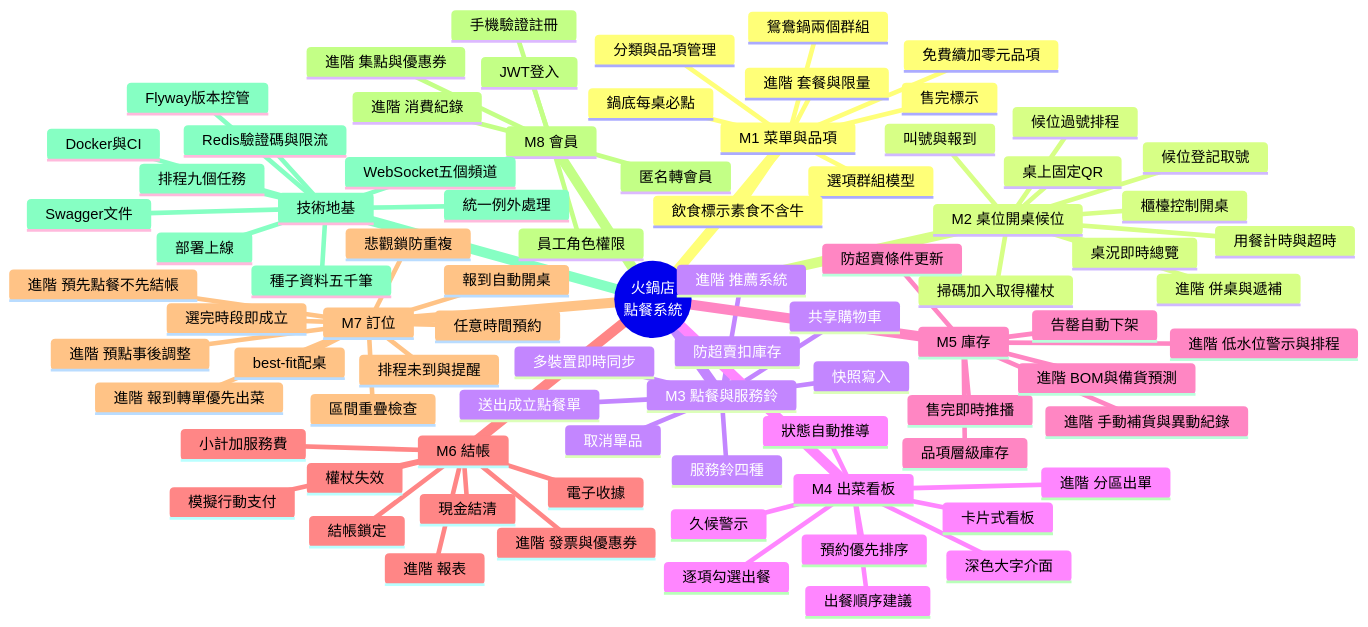
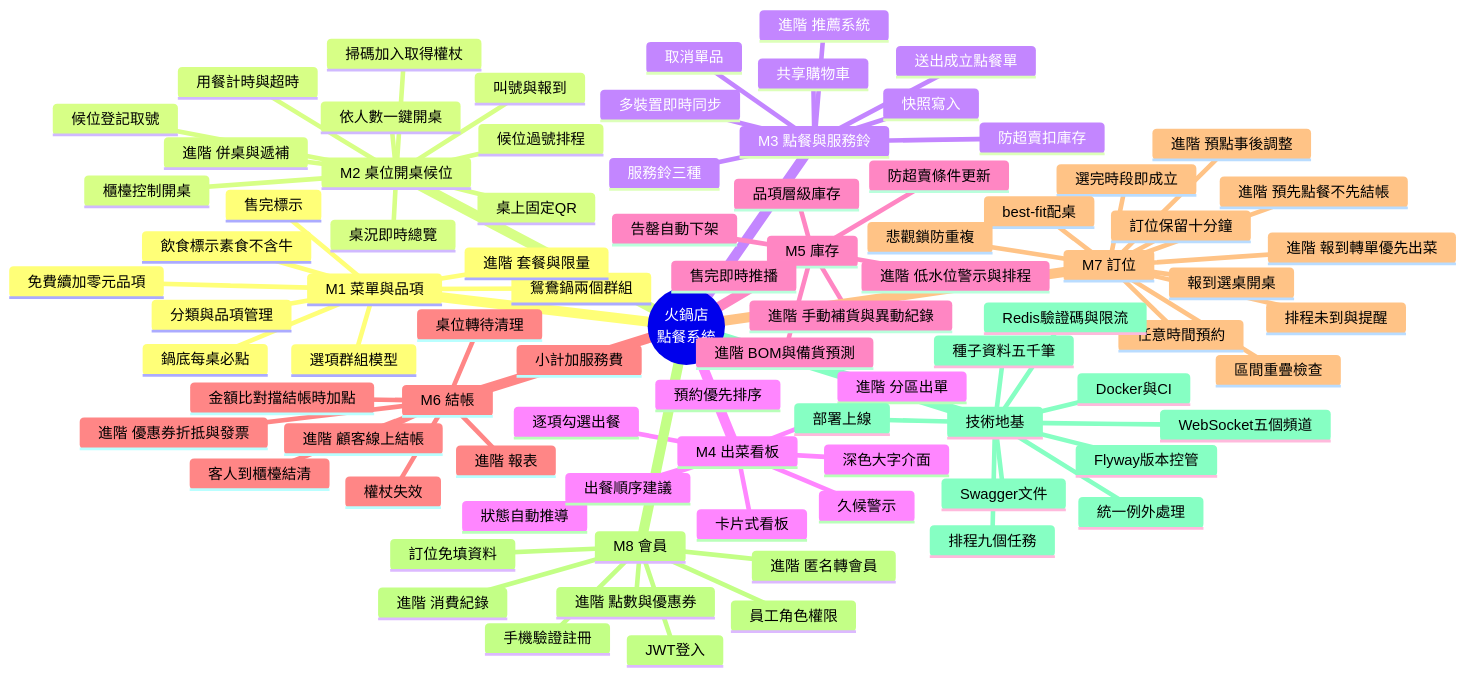
One commit to harry-wann/smart-order changed the first of 15 diagrams in docs/spec/06-圖表總覽.md. Above: the diagram before and after it, drawn with Mermaid. The commit also changed other lines of this file and 91 other files, not shown here.

```diff
--- a/docs/spec/06-圖表總覽.md
+++ b/docs/spec/06-圖表總覽.md
@@ -30,6 +30,7 @@
       候位登記取號
       叫號與報到
       候位過號排程
+      依人數一鍵開桌
       進階 併桌與遞補
     M3 點餐與服務鈴
       共享購物車
@@ -38,7 +39,7 @@
       快照寫入
       多裝置即時同步
       取消單品
-      服務鈴四種
+      服務鈴三種
       進階 推薦系統
     M4 出菜看板
       卡片式看板
@@ -59,31 +60,33 @@
       進階 BOM與備貨預測
     M6 結帳
       小計加服務費
-      模擬行動支付
-      現金結清
-      電子收據
-      結帳鎖定
+      客人到櫃檯結清
+      金額比對擋結帳時加點
+      桌位轉待清理
       權杖失效
+      進階 顧客線上結帳
       進階 報表
-      進階 發票與優惠券
+      進階 優惠券折抵與發票
     M7 訂位
       選完時段即成立
       任意時間預約
       區間重疊檢查
       best-fit配桌
       悲觀鎖防重複
+      訂位保留十分鐘
       排程未到與提醒
-      報到自動開桌
+      報到選桌開桌
       進階 預先點餐不先結帳
       進階 預點事後調整
       進階 報到轉單優先出菜
     M8 會員
       手機驗證註冊
       JWT登入
-      匿名轉會員
+      訂位免填資料
       員工角色權限
       進階 消費紀錄
-      進階 集點與優惠券
+      進階 匿名轉會員
+      進階 點數與優惠券
     技術地基
       Flyway版本控管
       統一例外處理
```
